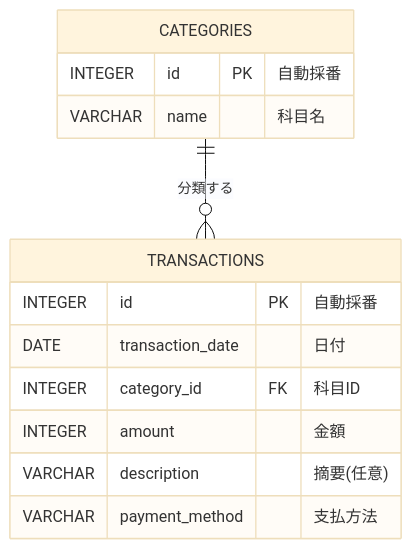
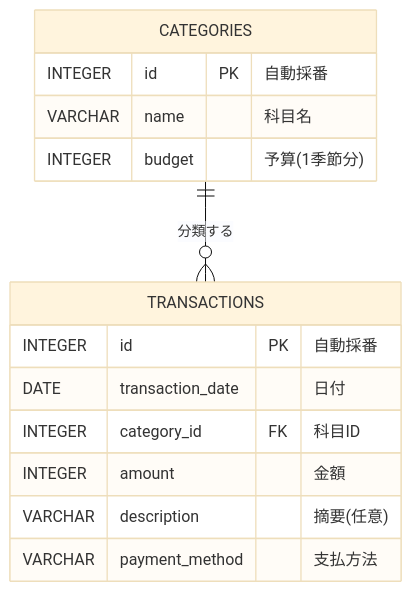
One commit to yutaro081/HouseholdBudget changed the second of 2 diagrams in README.md. Above: the diagram before and after it, drawn with Mermaid (base theme). The commit also changed other lines of this file and 7 other files, not shown here.

````diff
--- a/README.md
+++ b/README.md
@@ -102,17 +103,18 @@
 ```mermaid
 erDiagram
     CATEGORIES ||--o{ TRANSACTIONS : "分類する"
     CATEGORIES {
         INTEGER id PK "自動採番"
         VARCHAR name "科目名"
+        INTEGER budget "予算(1季節分)"
     }
     TRANSACTIONS {
         INTEGER id PK "自動採番"
         DATE transaction_date "日付"
         INTEGER category_id FK "科目ID"
         INTEGER amount "金額"
         VARCHAR description "摘要(任意)"
         VARCHAR payment_method "支払方法"
     }
 
 ```
````
